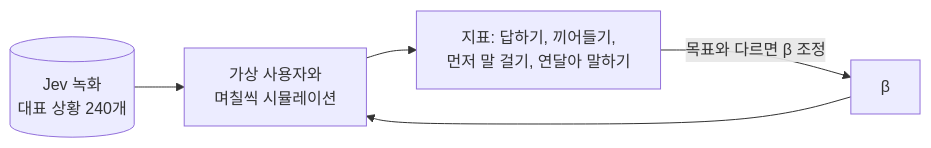
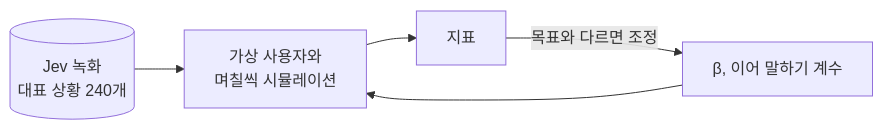
Before and after one commit to HEOSEONGILml/AssistantChatBot: the ninth of 9 diagrams in ARCHITECTURE.md, drawn with Mermaid. The commit also changed other lines of this file, not shown here.

Commit message:
docs: ARCHITECTURE 새로 작성(구조·동작만, 코드와 대조, 검수 이력은 요약 문서로)

````diff
--- a/ARCHITECTURE.md
+++ b/ARCHITECTURE.md
@@ -370,7 +465,7 @@
 ```mermaid
 flowchart LR
   REC[("Jev 녹화<br>대표 상황 240개")] --> SIM["가상 사용자와<br>며칠씩 시뮬레이션"]
-  BETA["β"] --> SIM
-  SIM --> STAT["지표: 답하기, 끼어들기,<br>먼저 말 걸기, 연달아 말하기"]
-  STAT -->|"목표와 다르면 β 조정"| BETA
+  BETA["β, 이어 말하기 계수"] --> SIM
+  SIM --> STAT["지표"]
+  STAT -->|"목표와 다르면 조정"| BETA
 ```
````
